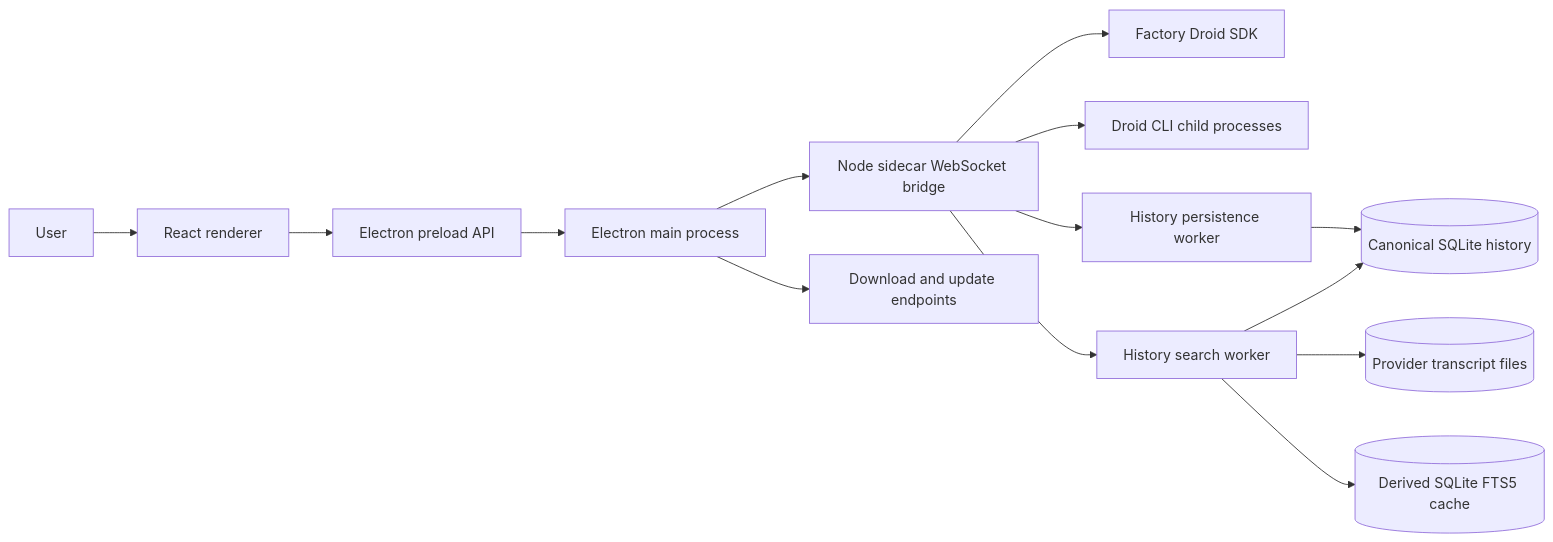
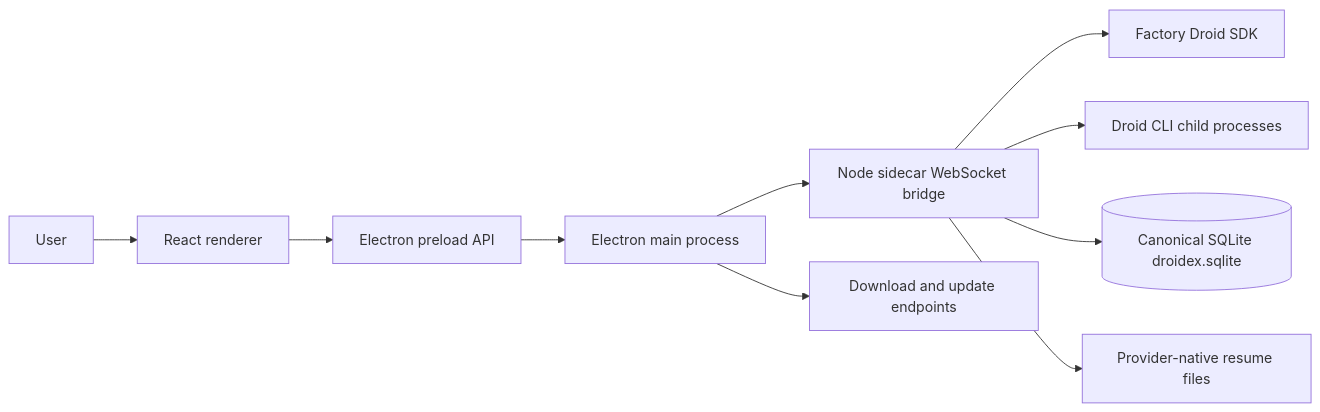
Before and after one commit to droidex-anas/droid-maxxing: the diagram in docs/architecture.md, drawn with Mermaid. The commit also changed other lines of this file and 3 other files, not shown here.

First line of the commit message:
docs(architecture): document canonical session storage

````diff
--- a/docs/architecture.md
+++ b/docs/architecture.md
@@ -7,16 +7,12 @@
 ```mermaid
 flowchart LR
   User[User] --> Renderer[React renderer]
   Renderer --> Preload[Electron preload API]
   Preload --> Main[Electron main process]
   Main --> Sidecar[Node sidecar WebSocket bridge]
   Sidecar --> DroidSDK[Factory Droid SDK]
   Sidecar --> DroidCLI[Droid CLI child processes]
-  Sidecar --> HistoryWriter[History persistence worker]
-  Sidecar --> HistorySearch[History search worker]
-  HistoryWriter --> CanonicalHistory[(Canonical SQLite history)]
-  HistorySearch --> SessionFiles[(Provider transcript files)]
-  HistorySearch --> CanonicalHistory
-  HistorySearch --> SearchCache[(Derived SQLite FTS5 cache)]
+  Sidecar --> CanonicalStore[(Canonical SQLite droidex.sqlite)]
+  Sidecar --> ProviderNative[Provider-native resume files]
   Main --> Updater[Download and update endpoints]
 ```
````
